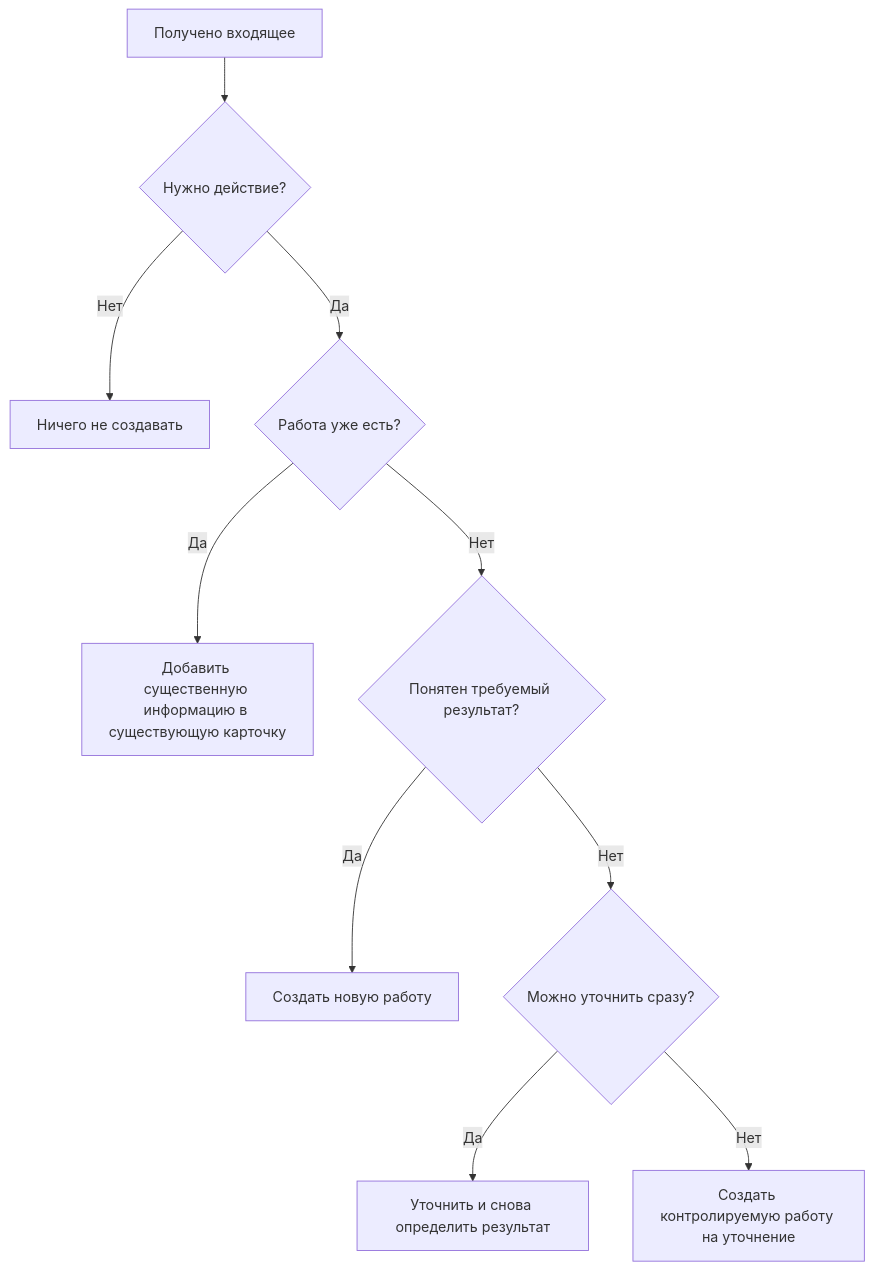
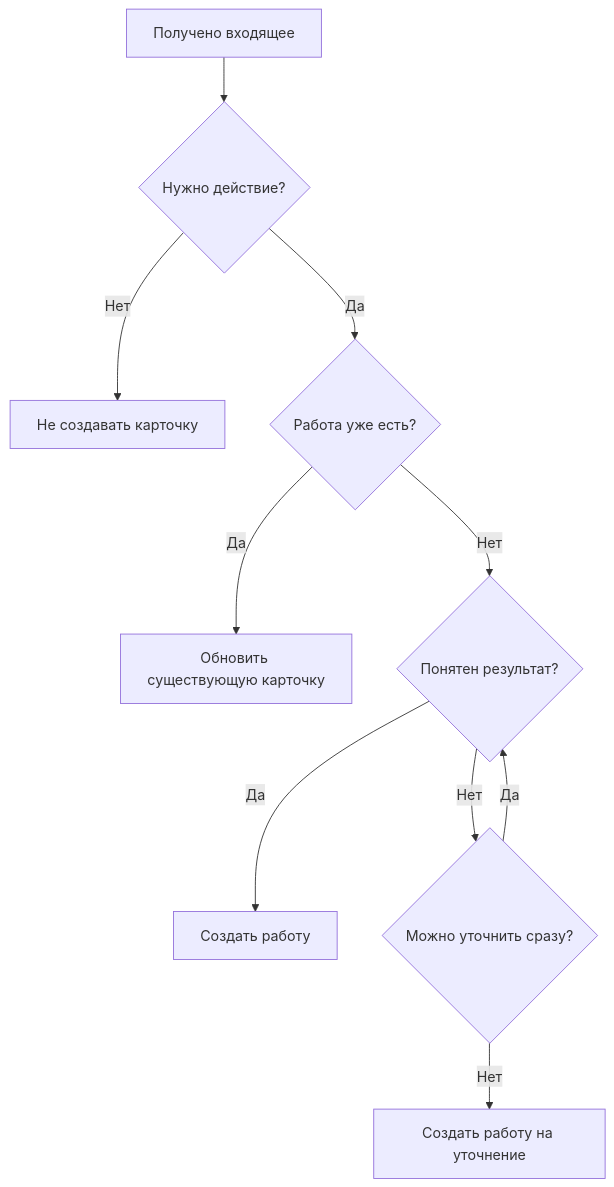
Before and after one commit to lazuale/department: the first of 2 diagrams in docs/02-scripts.md, drawn with Mermaid. The commit also changed other lines of this file, not shown here.

````diff
--- a/docs/02-scripts.md
+++ b/docs/02-scripts.md
@@ -13,12 +5,12 @@
 ```mermaid
 flowchart TD
     A[Получено входящее] --> B{Нужно действие?}
-    B -- Нет --> C[Ничего не создавать]
+    B -- Нет --> C[Не создавать карточку]
     B -- Да --> D{Работа уже есть?}
-    D -- Да --> E[Добавить существенную информацию в существующую карточку]
-    D -- Нет --> F{Понятен требуемый результат?}
-    F -- Да --> G[Создать новую работу]
+    D -- Да --> E[Обновить существующую карточку]
+    D -- Нет --> F{Понятен результат?}
+    F -- Да --> G[Создать работу]
     F -- Нет --> H{Можно уточнить сразу?}
-    H -- Да --> I[Уточнить и снова определить результат]
-    H -- Нет --> J[Создать контролируемую работу на уточнение]
+    H -- Да --> F
+    H -- Нет --> I[Создать работу на уточнение]
 ```
````
